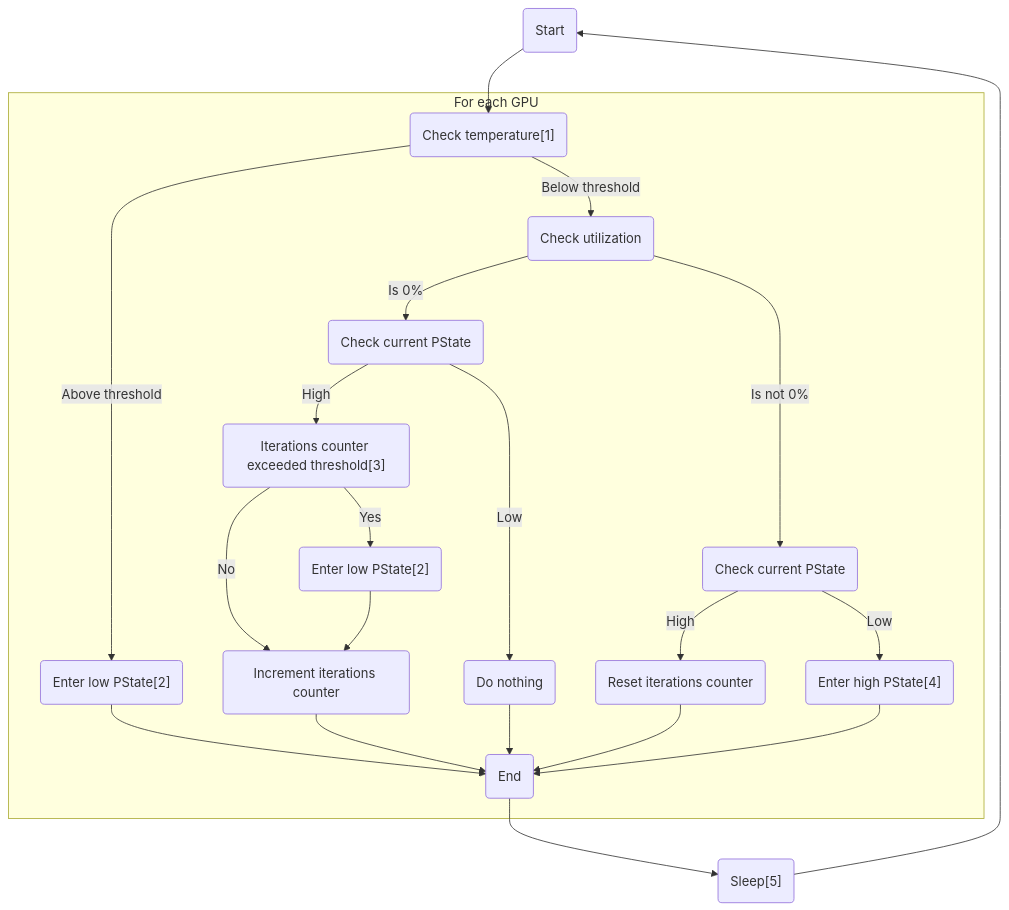
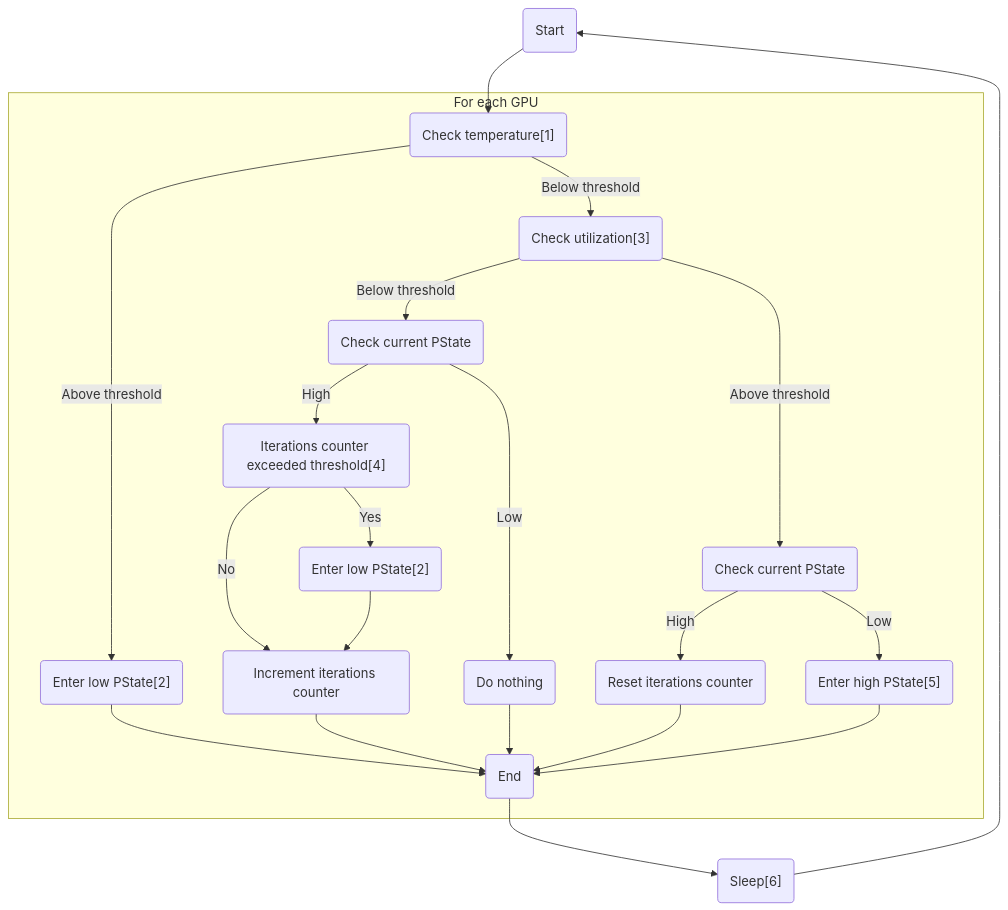
One commit to sasha0552/nvidia-pstated changed the diagram in README.md. Above: the diagram before and after it, drawn with Mermaid. The commit also changed other lines of this file and 1 other file, not shown here.

Commit message:
Add utilization threshold option

````diff
--- a/README.md
+++ b/README.md
@@ -7,24 +7,24 @@
 ```mermaid
 flowchart TD
     A(Start) --> B
     subgraph For each GPU
     B("Check temperature[1]") -->|Below threshold| D
     B("Check temperature[1]") -->|Above threshold| C
     C("Enter low PState[2]") --> M
-    D(Check utilization) -->|Is 0%| E
-    D(Check utilization) -->|Is not 0%| J
+    D("Check utilization[3]") -->|Below threshold| E
+    D("Check utilization[3]") -->|Above threshold| J
     E(Check current PState) -->|High| F
     E(Check current PState) -->|Low| I
-    F("Iterations counter exceeded threshold[3]") -->|Yes| G
-    F("Iterations counter exceeded threshold[3]") -->|No| H
+    F("Iterations counter exceeded threshold[4]") -->|Yes| G
+    F("Iterations counter exceeded threshold[4]") -->|No| H
     G("Enter low PState[2]") --> H
     H(Increment iterations counter) --> M
     I(Do nothing) --> M
     J(Check current PState) -->|High| K
     J(Check current PState) -->|Low| L
     K(Reset iterations counter) --> M
-    L("Enter high PState[4]") --> M
+    L("Enter high PState[5]") --> M
     end
     M(End) --> N
-    N("Sleep[5]") --> A
+    N("Sleep[6]") --> A
 ```
````
